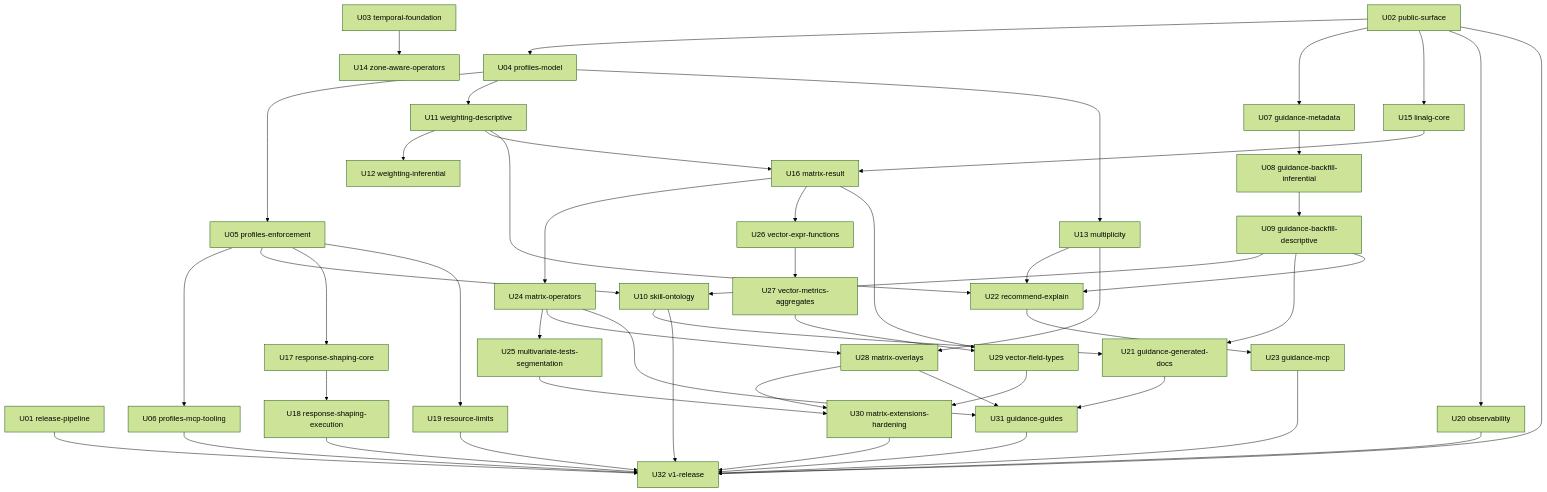
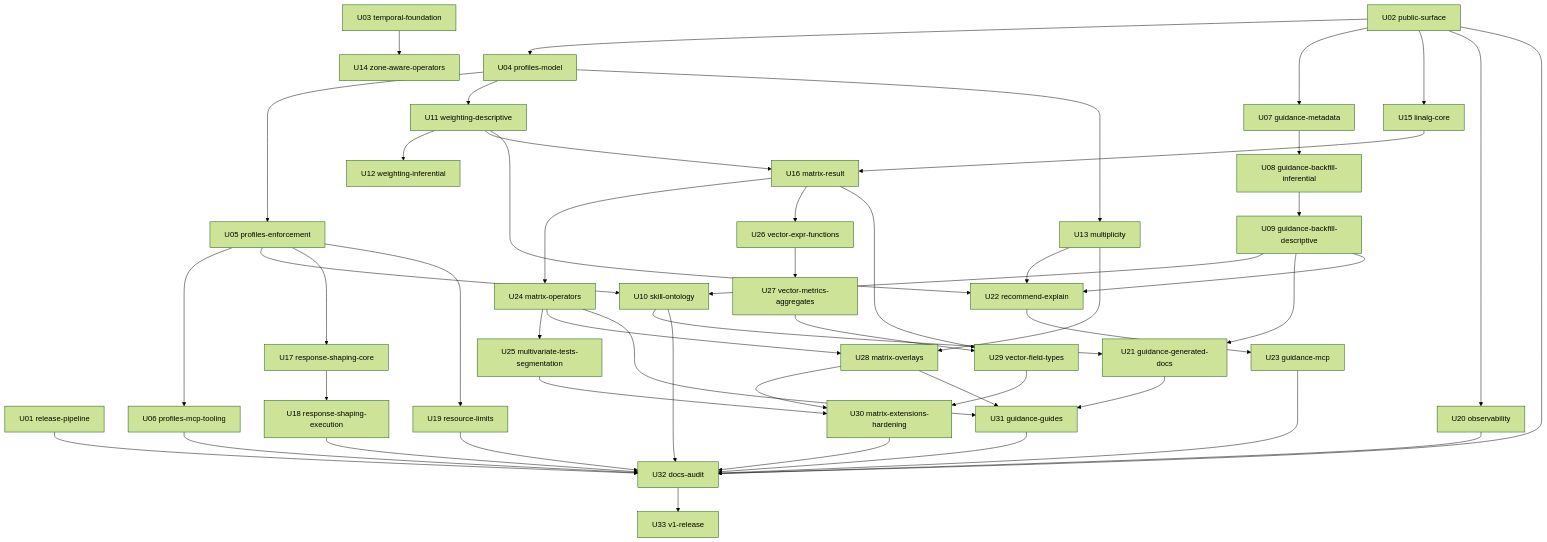
Before and after one commit to frankbardon/pulse: the diagram in docs/roadmap/units/README.md, drawn with Mermaid (forest theme). The commit also changed other lines of this file and 17 other files, not shown here.

First line of the commit message:
docs(roadmap): add pre-release documentation audit (U32); release moves to U33

````diff
--- a/docs/roadmap/units/README.md
+++ b/docs/roadmap/units/README.md
@@ -103,7 +104,8 @@
   U29["U29 vector-field-types"]
   U30["U30 matrix-extensions-hardening"]
   U31["U31 guidance-guides"]
-  U32["U32 v1-release"]
+  U32["U32 docs-audit"]
+  U33["U33 v1-release"]
   U02 --> U04
   U04 --> U05
   U05 --> U06
@@ -153,4 +155,5 @@
   U23 --> U32
   U30 --> U32
   U31 --> U32
+  U32 --> U33
 ```
````
